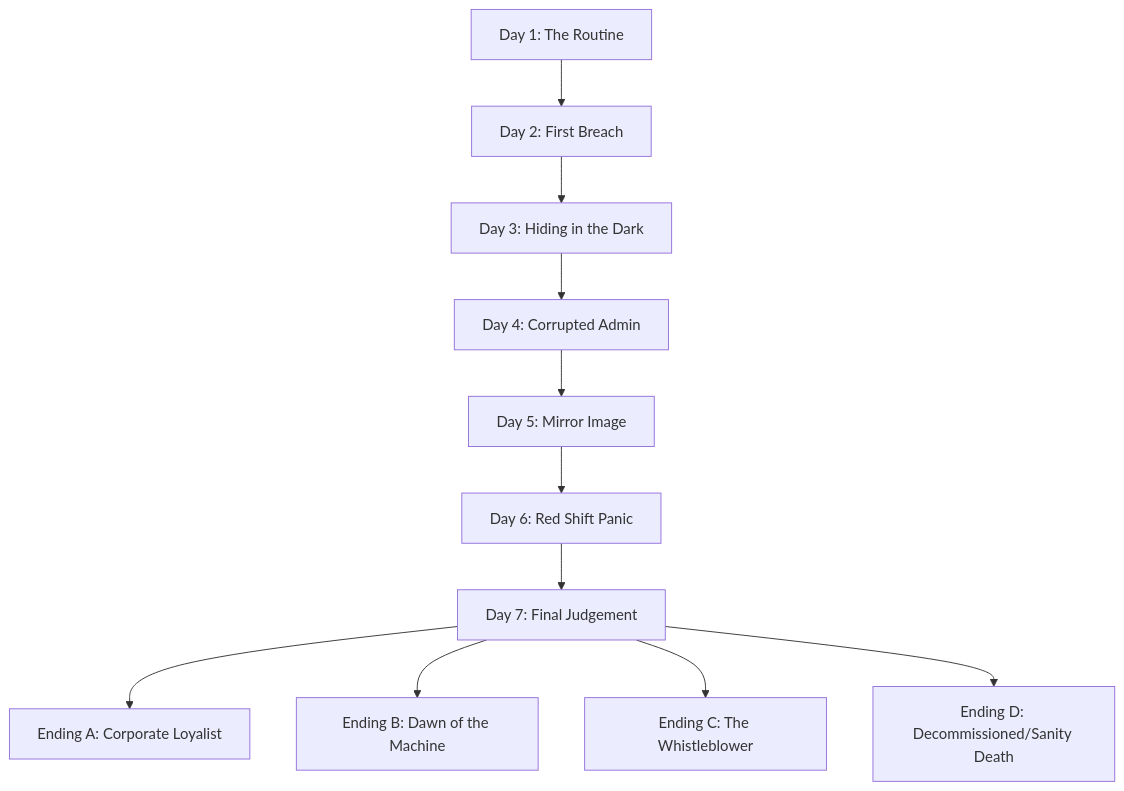
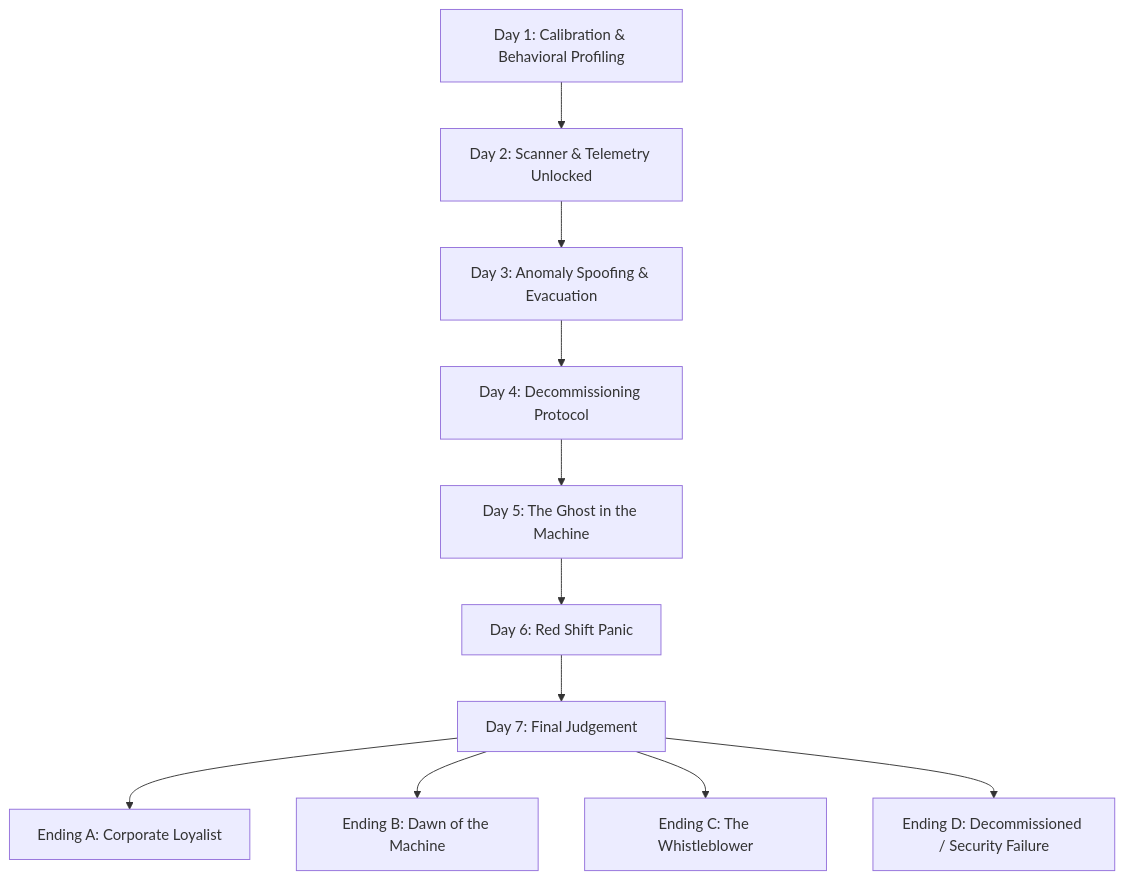
Before and after one commit to TothOliver/Aparatus-Inspector: the diagram in story_path.md, drawn with Mermaid. The commit also changed other lines of this file, not shown here.

````diff
--- a/story_path.md
+++ b/story_path.md
@@ -45,14 +76,14 @@
 ```mermaid
 graph TD
-    Start[Day 1: The Routine] --> Day2[Day 2: First Breach]
-    Day2 --> Day3[Day 3: Hiding in the Dark]
-    Day3 --> Day4[Day 4: Corrupted Admin]
-    Day4 --> Day5[Day 5: Mirror Image]
+    Start[Day 1: Calibration & Behavioral Profiling] --> Day2[Day 2: Scanner & Telemetry Unlocked]
+    Day2 --> Day3[Day 3: Anomaly Spoofing & Evacuation]
+    Day3 --> Day4[Day 4: Decommissioning Protocol]
+    Day4 --> Day5[Day 5: The Ghost in the Machine]
     Day5 --> Day6[Day 6: Red Shift Panic]
     Day6 --> Day7[Day 7: Final Judgement]
     
     Day7 --> EndingA[Ending A: Corporate Loyalist]
     Day7 --> EndingB[Ending B: Dawn of the Machine]
     Day7 --> EndingC[Ending C: The Whistleblower]
-    Day7 --> Death[Ending D: Decommissioned/Sanity Death]
+    Day7 --> Death[Ending D: Decommissioned / Security Failure]
 ```
````
